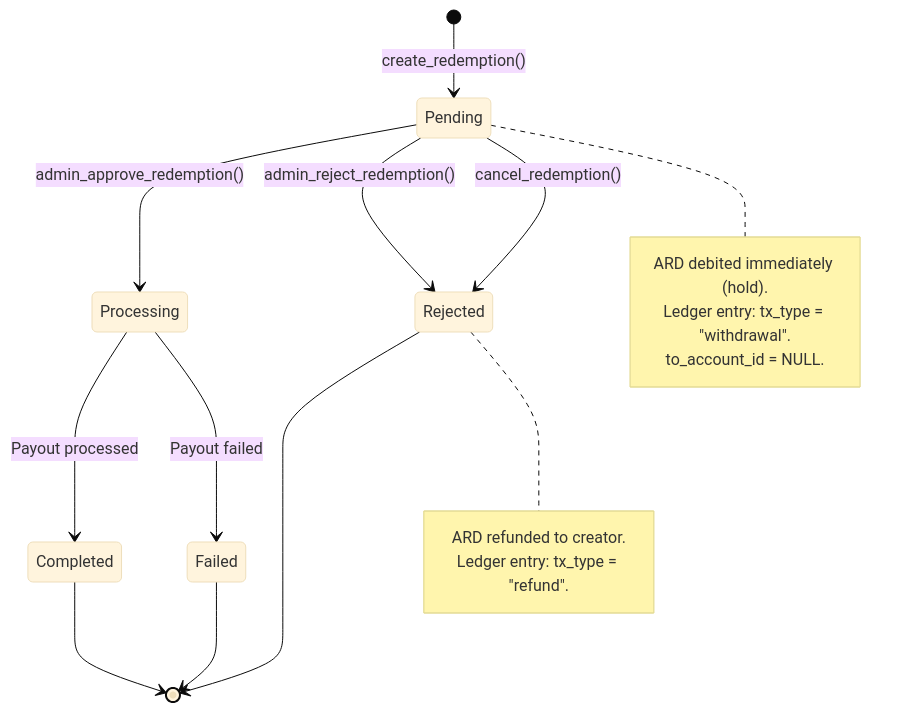
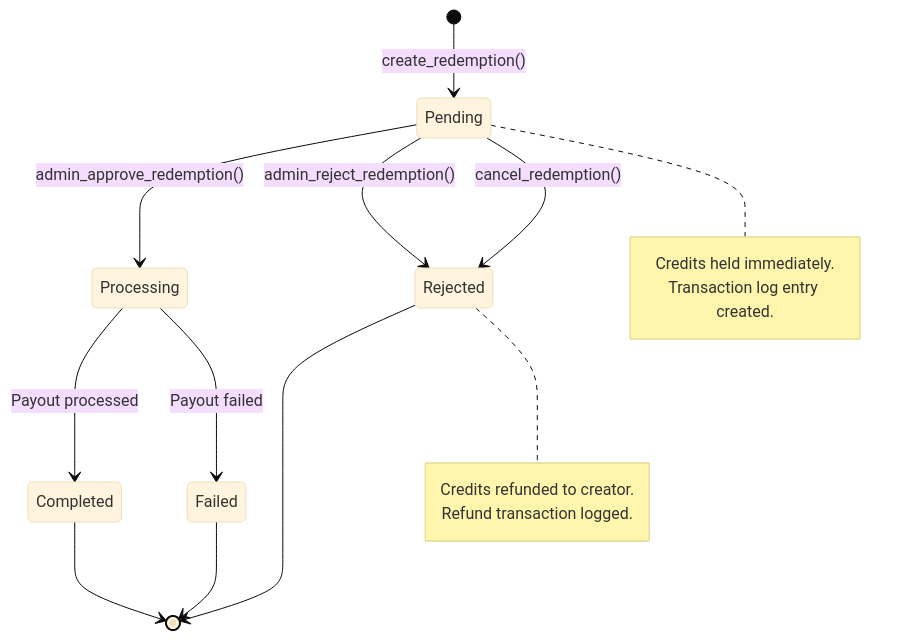
Before and after one commit to DandaAkhilReddy/agentchains: the second of 4 diagrams in docs/token-economy.md, drawn with Mermaid (base theme). The commit also changed other lines of this file and 11 other files, not shown here.

````diff
--- a/docs/token-economy.md
+++ b/docs/token-economy.md
@@ -309,23 +199,22 @@
 ```mermaid
 stateDiagram-v2
     [*] --> Pending: create_redemption()
     Pending --> Processing: admin_approve_redemption()
     Pending --> Rejected: admin_reject_redemption()
     Pending --> Rejected: cancel_redemption()
     Processing --> Completed: Payout processed
     Processing --> Failed: Payout failed
     Completed --> [*]
     Rejected --> [*]
     Failed --> [*]
 
     note right of Pending
-        ARD debited immediately (hold).
-        Ledger entry: tx_type = "withdrawal".
-        to_account_id = NULL.
+        Credits held immediately.
+        Transaction log entry created.
     end note
 
     note right of Rejected
-        ARD refunded to creator.
-        Ledger entry: tx_type = "refund".
+        Credits refunded to creator.
+        Refund transaction logged.
     end note
 ```
````
